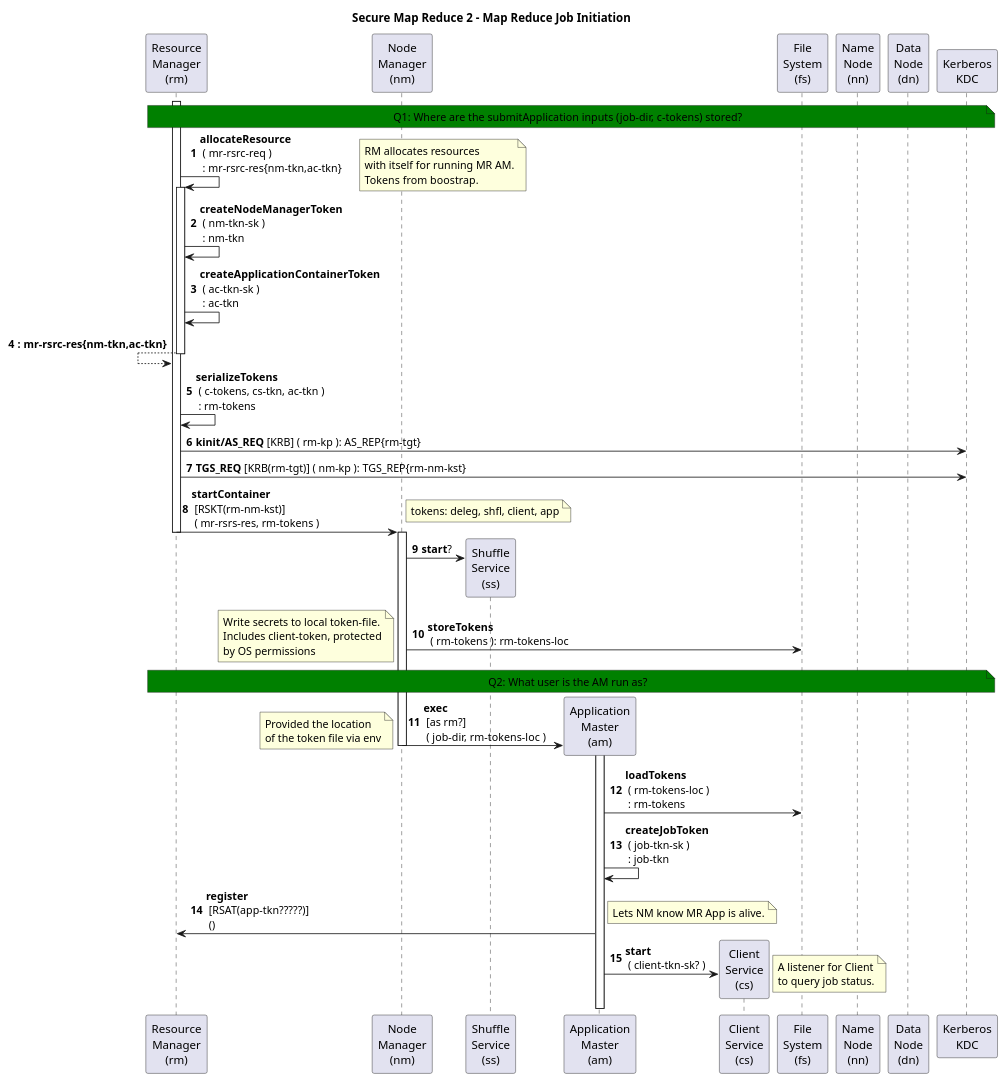
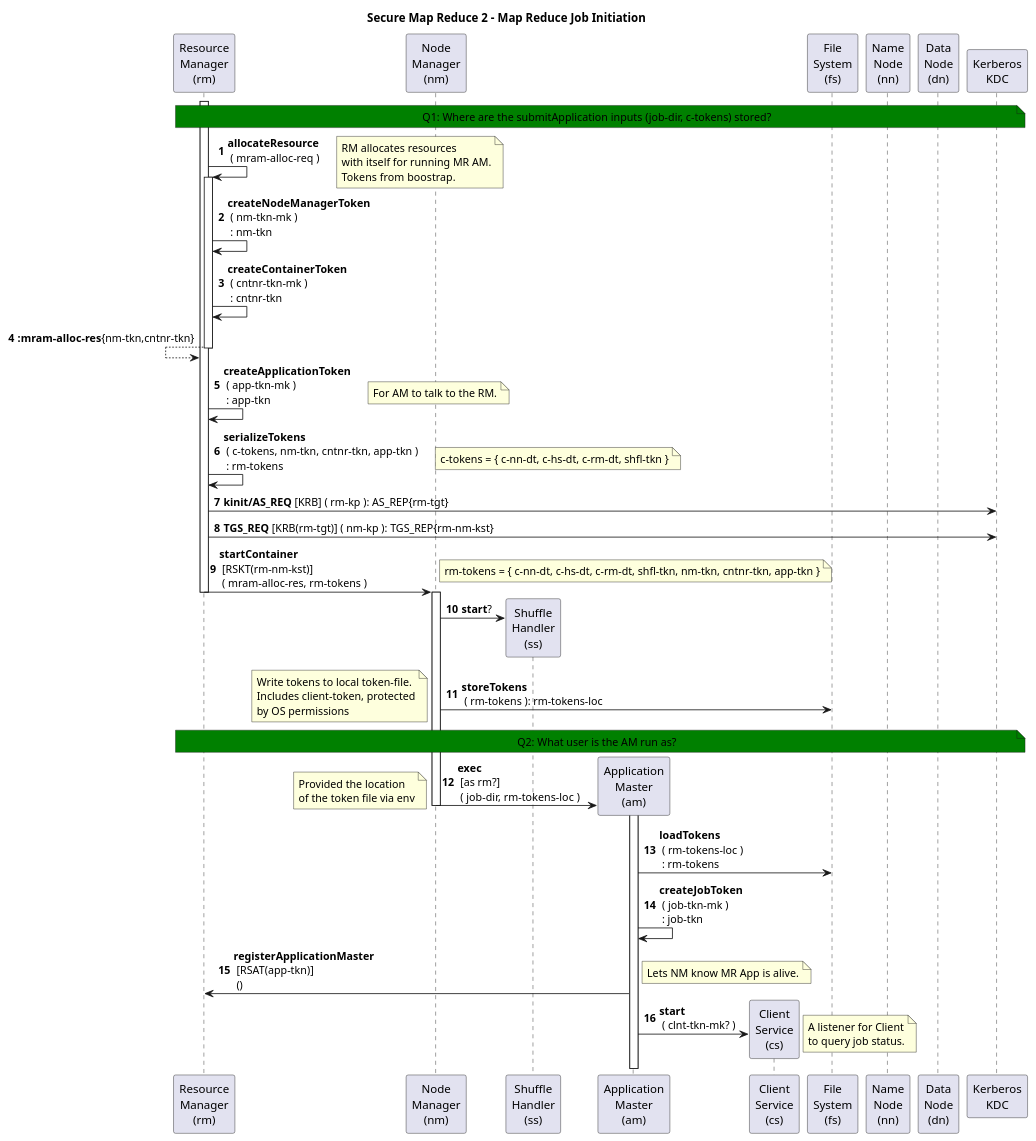
The diagram in hadoop/src/mr2/secure-mapreduce2-04-job-initiation.puml (kminder/puml), drawn with PlantUML before and after one commit. The commit also changed 37 other files, not shown here.

```diff
--- a/hadoop/src/mr2/secure-mapreduce2-04-job-initiation.puml
+++ b/hadoop/src/mr2/secure-mapreduce2-04-job-initiation.puml
@@ -1,99 +1,104 @@
 @startuml
 title Secure Map Reduce 2 - Map Reduce Job Initiation
 autonumber
 'hide footbox
 
 'participant "Client\n(c)" as C
 participant "Resource\nManager\n(rm)" as RM
 'participant "History\nServer\n(hs)" as HS
 participant "Node\nManager\n(nm)" as NM
-participant "Shuffle\nService\n(ss)" as SS
+participant "Shuffle\nHandler\n(ss)" as SS
 participant "Application\nMaster\n(am)" as AM
 participant "Client\nService\n(cs)" as CS
 'participant "Application\nContainer\n(ac)" as AC #red
 'participant "Task\n(t)" as T #orange
 participant "File\nSystem\n(fs)" as FS
 participant "Name\nNode\n(nn)" as NN
 participant "Data\nNode\n(dn)" as DN
 participant "Kerberos\nKDC" as KDC
 
-  'note over RM,DN #green: QUESTION ?
+'note over RM,DN #green: QUESTION ?
 
 note over RM,KDC #green: Q1: Where are the submitApplication inputs (job-dir, c-tokens) stored?
 
  activate RM
 '1
-RM->RM: <b>allocateResource\n ( mr-rsrc-req )\n : mr-rsrc-res{nm-tkn,ac-tkn}
+RM->RM: <b>allocateResource\n ( mram-alloc-req )
   note right: RM allocates resources\nwith itself for running MR AM.\nTokens from boostrap.
 
   activate RM
 
 '2
-RM->RM: <b>createNodeManagerToken\n ( nm-tkn-sk )\n : nm-tkn
+RM->RM: <b>createNodeManagerToken\n ( nm-tkn-mk )\n : nm-tkn
 
 '3
-RM->RM: <b>createApplicationContainerToken\n ( ac-tkn-sk )\n : ac-tkn
+RM->RM: <b>createContainerToken\n ( cntnr-tkn-mk )\n : cntnr-tkn
 
 '4
-RM<--RM: <b>: mr-rsrc-res{nm-tkn,ac-tkn}
+RM<--RM: <b>:mram-alloc-res</b>{nm-tkn,cntnr-tkn}
 
   deactivate RM
 
 '5
-RM->RM: <b>serializeTokens\n ( c-tokens, cs-tkn, ac-tkn )\n : rm-tokens
+RM->RM: <b>createApplicationToken\n ( app-tkn-mk )\n : app-tkn
+  note right: For AM to talk to the RM.
 
 '6
+RM->RM: <b>serializeTokens\n ( c-tokens, nm-tkn, cntnr-tkn, app-tkn )\n : rm-tokens
+  note right: c-tokens = { c-nn-dt, c-hs-dt, c-rm-dt, shfl-tkn }
+
+'7
 RM->KDC: <b>kinit/AS_REQ</b> [KRB] ( rm-kp ): AS_REP{rm-tgt}
 
-'7
+'8
 RM->KDC: <b>TGS_REQ</b> [KRB(rm-tgt)] ( nm-kp ): TGS_REP{rm-nm-kst}
 
-'8
-RM->NM: <b>startContainer\n [RSKT(rm-nm-kst)]\n ( mr-rsrs-res, rm-tokens )
-  note right: tokens: deleg, shfl, client, app
+'9
+RM->NM: <b>startContainer\n [RSKT(rm-nm-kst)]\n ( mram-alloc-res, rm-tokens )
+  note right: rm-tokens = { c-nn-dt, c-hs-dt, c-rm-dt, shfl-tkn, nm-tkn, cntnr-tkn, app-tkn }
 
   deactivate RM
   activate NM
 
-'9
+'10
   create SS
 NM->SS: <b>start</b>?
 
-'10
+'11
 NM->FS: <b>storeTokens\n ( rm-tokens ): rm-tokens-loc
-  note left: Write secrets to local token-file.\nIncludes client-token, protected\nby OS permissions
+  note left: Write tokens to local token-file.\nIncludes client-token, protected\nby OS permissions
   create AM
 
 note over RM,KDC #green: Q2: What user is the AM run as?
 
-'11
+'12
 NM->AM: <b>exec\n [as rm?]\n ( job-dir, rm-tokens-loc )
   activate AM
   note left: Provided the location\nof the token file via env
 
   deactivate NM
 
-'12
+'13
 AM->FS: <b>loadTokens\n ( rm-tokens-loc )\n : rm-tokens
 
-'13
-AM->AM: <b>createJobToken\n ( job-tkn-sk )\n : job-tkn
+'14
+AM->AM: <b>createJobToken\n ( job-tkn-mk )\n : job-tkn
 
-'14
-AM->RM: <b>register\n [RSAT(app-tkn?????)]\n ()
+'15
+AM->RM: <b>registerApplicationMaster\n [RSAT(app-tkn)]\n ()
   note right: Lets NM know MR App is alive.
 
-'15
+'16
   create CS
-AM->CS: <b>start</b>\n ( client-tkn-sk? )
+AM->CS: <b>start</b>\n ( clnt-tkn-mk? )
   note right: A listener for Client\nto query job status.
 
 'AM uses the app token provided in the token file.
 'This token file has user-only read perms.
 'The AM then starts and RPC listener (client-service) for the client to talk to the client-app
 'client-service is protected by the client-secret
 'job-client polls RM and finds it running
 'job-client switches to polling client-service for status
 'MR app creates the JobToken
 
 @enduml
```
